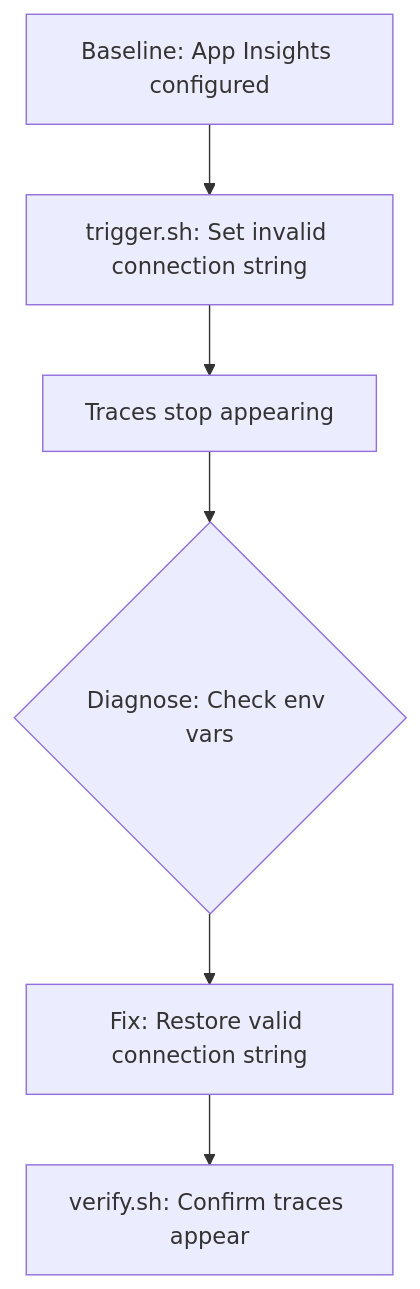
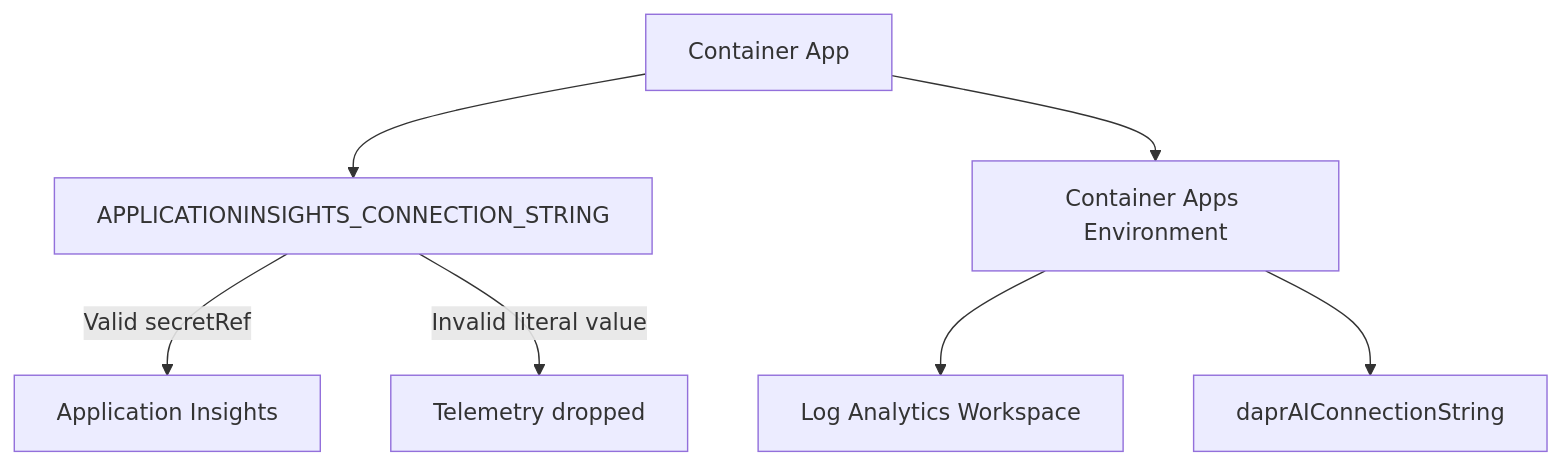
One commit to yeongseon/azure-container-apps-practical-guide changed the diagram in docs/troubleshooting/lab-guides/observability-tracing.md. Above: the diagram before and after it, drawn with Mermaid. The commit also changed other lines of this file and 24 other files, not shown here.

````diff
--- a/docs/troubleshooting/lab-guides/observability-tracing.md
+++ b/docs/troubleshooting/lab-guides/observability-tracing.md
@@ -52,8 +23,9 @@
 ```mermaid
 flowchart TD
-    A[Baseline: App Insights configured] --> B[trigger.sh: Set invalid connection string]
-    B --> C[Traces stop appearing]
-    C --> D{Diagnose: Check env vars}
-    D --> E[Fix: Restore valid connection string]
-    E --> F[verify.sh: Confirm traces appear]
+    A[Container App] --> B[APPLICATIONINSIGHTS_CONNECTION_STRING]
+    B -->|Valid secretRef| C[Application Insights]
+    A --> D[Container Apps Environment]
+    D --> E[Log Analytics Workspace]
+    D --> F[daprAIConnectionString]
+    B -->|Invalid literal value| G[Telemetry dropped]
 ```
````
